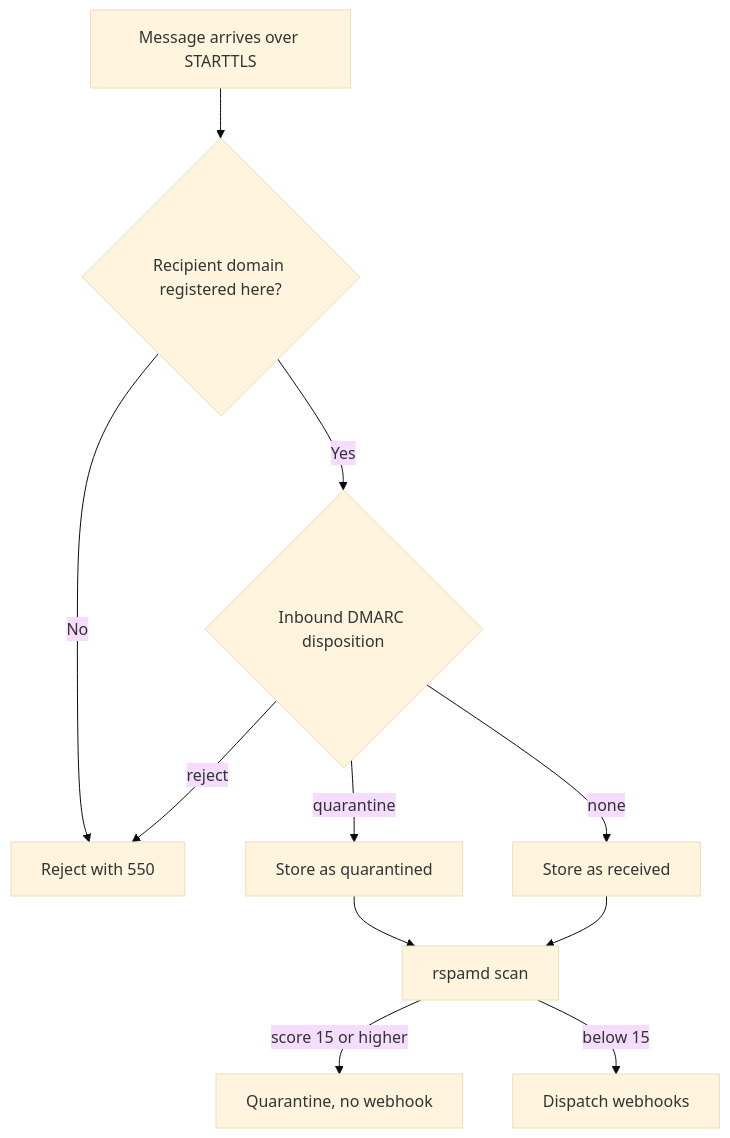
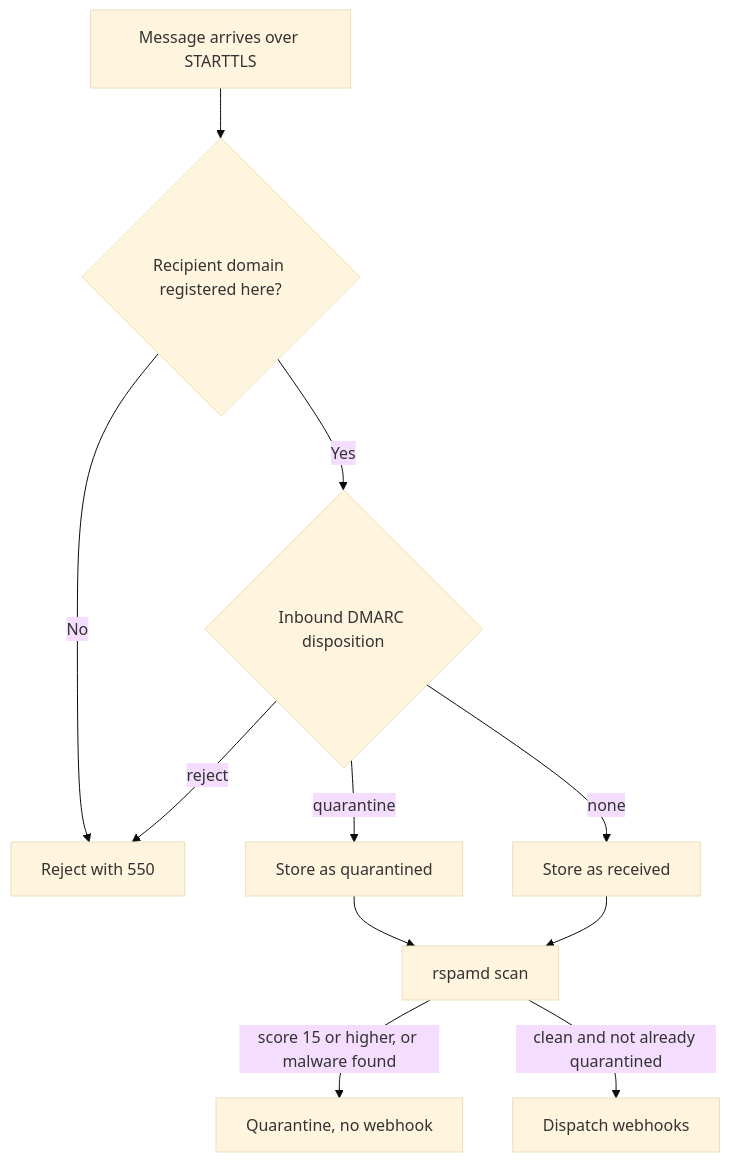
One commit to codingjoe/relay changed the diagram in docs/docs/security.md. Above: the diagram before and after it, drawn with Mermaid (base theme). The commit also changed other lines of this file and 12 other files, not shown here.

````diff
--- a/docs/docs/security.md
+++ b/docs/docs/security.md
@@ -90,13 +90,13 @@
 ```mermaid
 flowchart TD
     A[Message arrives over STARTTLS] --> B{Recipient domain registered here?}
     B -- No --> C[Reject with 550]
     B -- Yes --> D{Inbound DMARC disposition}
     D -- reject --> C
     D -- quarantine --> E[Store as quarantined]
     D -- none --> F[Store as received]
     E --> G[rspamd scan]
     F --> G
-    G -- score 15 or higher --> H[Quarantine, no webhook]
-    G -- below 15 --> I[Dispatch webhooks]
+    G -- score 15 or higher, or malware found --> H[Quarantine, no webhook]
+    G -- clean and not already quarantined --> I[Dispatch webhooks]
 ```
````
